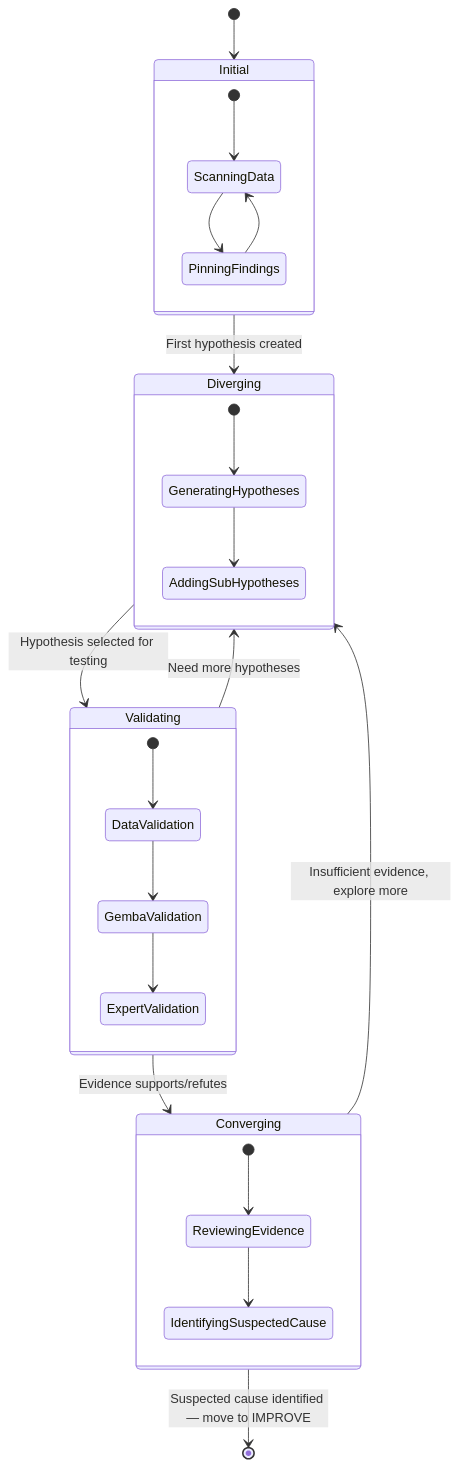
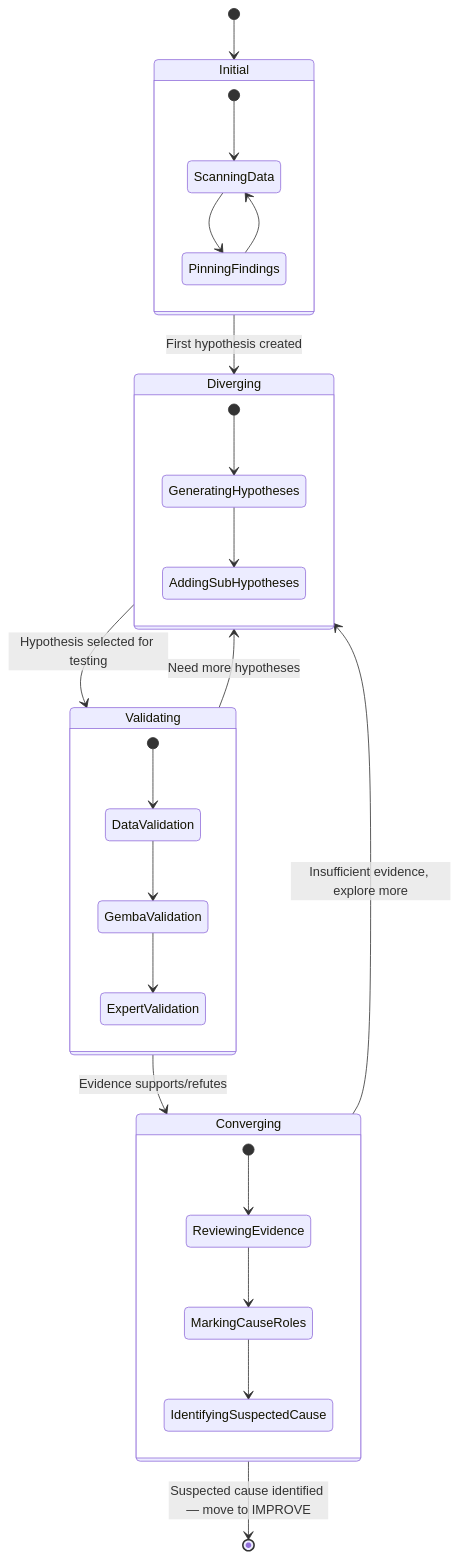
One commit to jukka-matti/variscout changed the first of 3 diagrams in docs/03-features/workflows/investigation-lifecycle-map.md. Above: the diagram before and after it, drawn with Mermaid. The commit also changed other lines of this file and 23 other files, not shown here.

First line of the commit message:
chore: remove dormant LikeC4 pipeline, update stale diagrams, add health check

````diff
--- a/docs/03-features/workflows/investigation-lifecycle-map.md
+++ b/docs/03-features/workflows/investigation-lifecycle-map.md
@@ -23,32 +23,33 @@
 ```mermaid
 stateDiagram-v2
     [*] --> Initial
     Initial --> Diverging : First hypothesis created
     Diverging --> Validating : Hypothesis selected for testing
     Validating --> Diverging : Need more hypotheses
     Validating --> Converging : Evidence supports/refutes
     Converging --> Diverging : Insufficient evidence, explore more
     Converging --> [*] : Suspected cause identified — move to IMPROVE
 
     state Initial {
         [*] --> ScanningData
         ScanningData --> PinningFindings
         PinningFindings --> ScanningData
     }
 
     state Diverging {
         [*] --> GeneratingHypotheses
         GeneratingHypotheses --> AddingSubHypotheses
     }
 
     state Validating {
         [*] --> DataValidation
         DataValidation --> GembaValidation
         GembaValidation --> ExpertValidation
     }
 
     state Converging {
         [*] --> ReviewingEvidence
-        ReviewingEvidence --> IdentifyingSuspectedCause
+        ReviewingEvidence --> MarkingCauseRoles
+        MarkingCauseRoles --> IdentifyingSuspectedCause
     }
 ```
````
